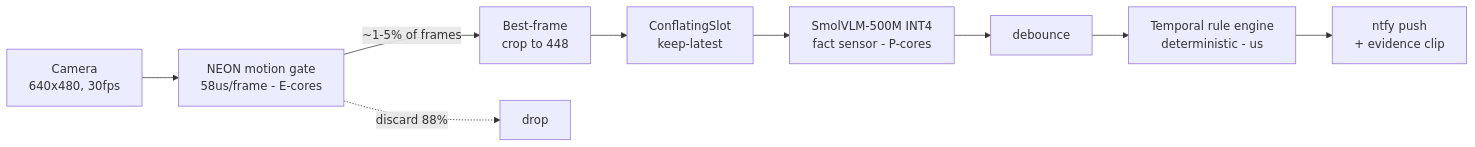
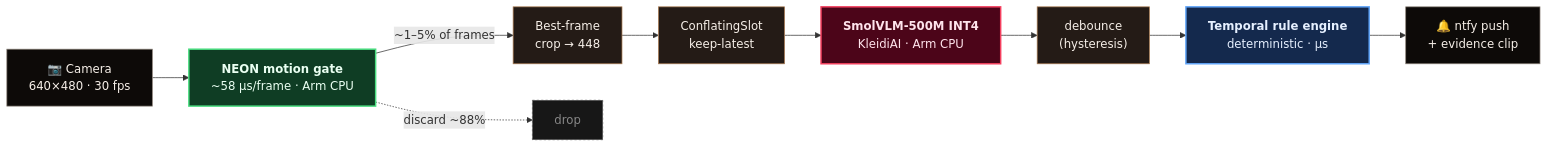
The first of 5 diagrams in README.md (hungtruongOwolf/nightjar), drawn with Mermaid before and after one commit. The commit also changed other lines of this file, not shown here.

Commit message:
docs: make it unmistakably Arm-CPU (no NVIDIA), styled diagrams
- State plainly up top: everything on the Arm SoC — LLM on the Arm CPU via
  KleidiAI, gate in NEON (CPU); no NVIDIA/CUDA/discrete-GPU/cloud; the vision
  encoder only optionally uses the phone's own integrated GPU (Metal, same SoC),
  CPU-only path exists (n_gpu_layers=0 in mtmd_vlm_worker.cpp).
- Restyle the pipeline + perception/reasoning mermaid diagrams (color-coded:
  green cheap CPU gate / rose expensive VLM / blue deterministic brain).

````diff
--- a/README.md
+++ b/README.md
@@ -30,11 +30,17 @@
 ```mermaid
 flowchart LR
-  cam["Camera<br/>640x480, 30fps"] --> gate["NEON motion gate<br/>58us/frame - E-cores"]
-  gate -->|"~1-5% of frames"| best["Best-frame<br/>crop to 448"]
-  best --> slot["ConflatingSlot<br/>keep-latest"]
-  slot --> vlm["SmolVLM-500M INT4<br/>fact sensor - P-cores"]
-  vlm --> deb["debounce"]
-  deb --> fsm["Temporal rule engine<br/>deterministic - us"]
-  fsm --> alert["ntfy push<br/>+ evidence clip"]
-  gate -.->|"discard 88%"| x["drop"]
+  cam["📷 Camera<br/>640×480 · 30 fps"]:::io --> gate["<b>NEON motion gate</b><br/>~58 µs/frame · Arm CPU"]:::cheap
+  gate -->|"~1–5% of frames"| best["Best-frame<br/>crop → 448"]:::mid
+  best --> slot["ConflatingSlot<br/>keep-latest"]:::mid
+  slot --> vlm["<b>SmolVLM-500M INT4</b><br/>KleidiAI · Arm CPU"]:::hot
+  vlm --> deb["debounce<br/>(hysteresis)"]:::mid
+  deb --> fsm["<b>Temporal rule engine</b><br/>deterministic · µs"]:::brain
+  fsm --> alert["🔔 ntfy push<br/>+ evidence clip"]:::io
+  gate -.->|"discard ~88%"| x["drop"]:::drop
+  classDef cheap fill:#0f3d24,stroke:#4ade80,color:#eafff2,stroke-width:2px;
+  classDef hot fill:#4c0519,stroke:#f43f5e,color:#ffe4ec,stroke-width:2px;
+  classDef mid fill:#241b16,stroke:#a8794f,color:#f6efe8;
+  classDef brain fill:#14294d,stroke:#60a5fa,color:#e6f0ff,stroke-width:2px;
+  classDef io fill:#0d0a08,stroke:#8a8078,color:#f6efe8;
+  classDef drop fill:#171717,stroke:#555,color:#888,stroke-dasharray:3 3;
 ```
````
